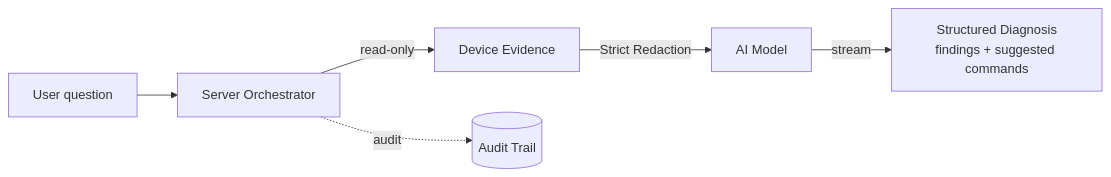
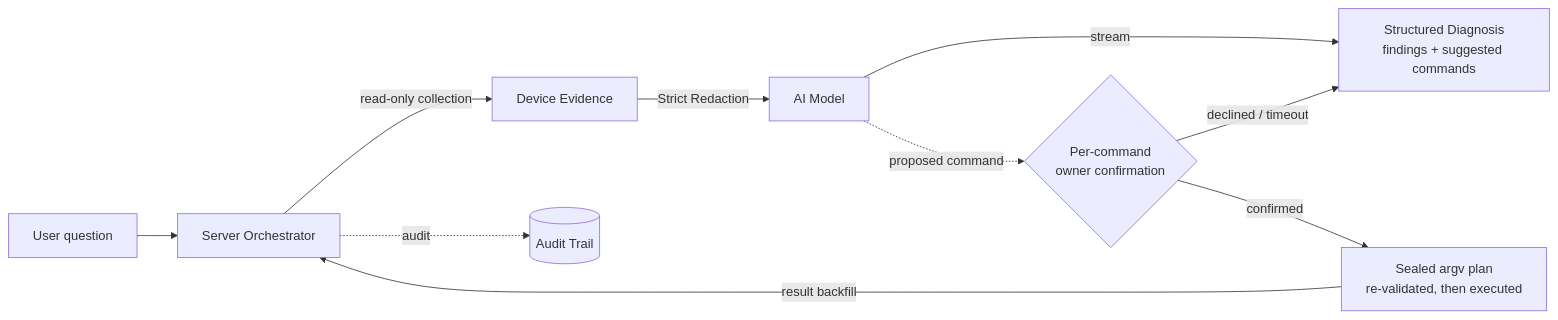
The third of 3 diagrams in README.md (lcxl-remote/lcxl-remote-desk-web), drawn with Mermaid before and after one commit. The commit also changed other lines of this file and 2 other files, not shown here.

First line of the commit message:
docs: correct the outdated read-only AI agent description

````diff
--- a/README.md
+++ b/README.md
@@ -153,8 +154,12 @@
 ```mermaid
 graph LR
     user[User question] --> orch[Server Orchestrator]
-    orch -->|read-only| evidence[Device Evidence]
+    orch -->|read-only collection| evidence[Device Evidence]
     evidence -->|Strict Redaction| model[AI Model]
     model -->|stream| diag[Structured Diagnosis<br/>findings + suggested commands]
+    model -.proposed command.-> confirm{Per-command<br/>owner confirmation}
+    confirm -->|confirmed| exec[Sealed argv plan<br/>re-validated, then executed]
+    exec -->|result backfill| orch
+    confirm -->|declined / timeout| diag
     orch -.audit.-> audit[(Audit Trail)]
 ```
````
